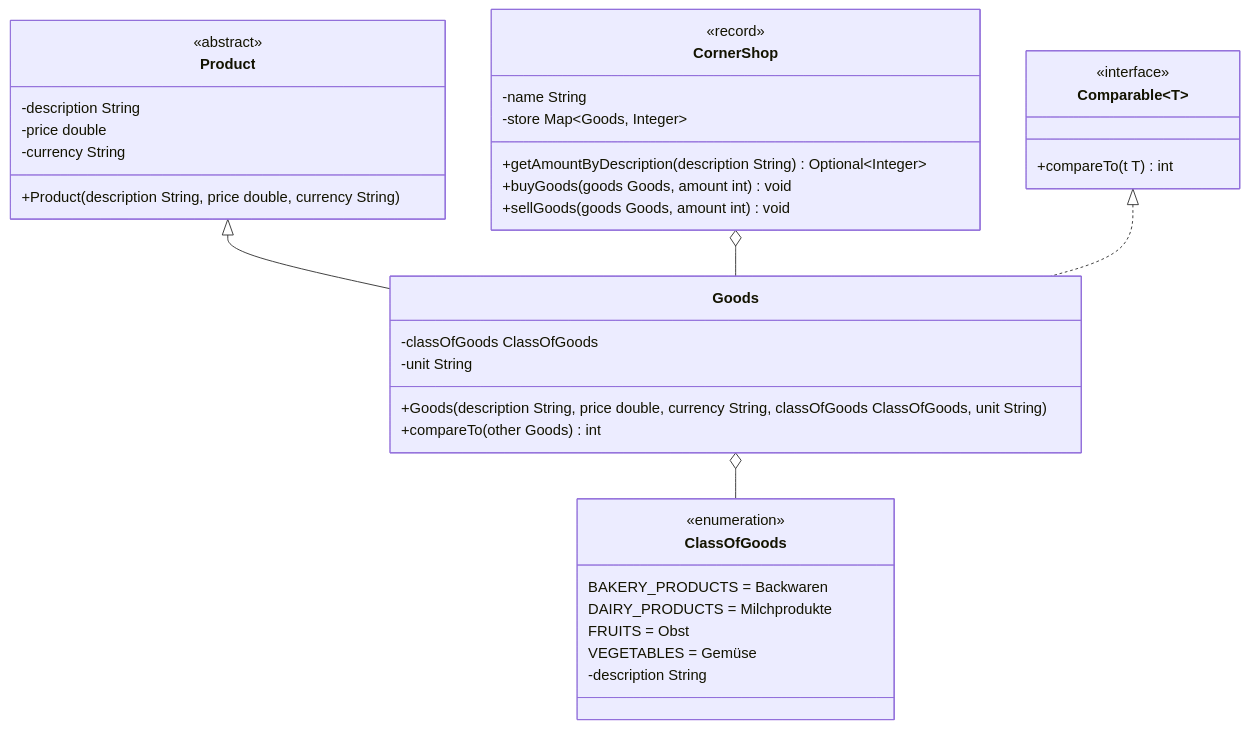
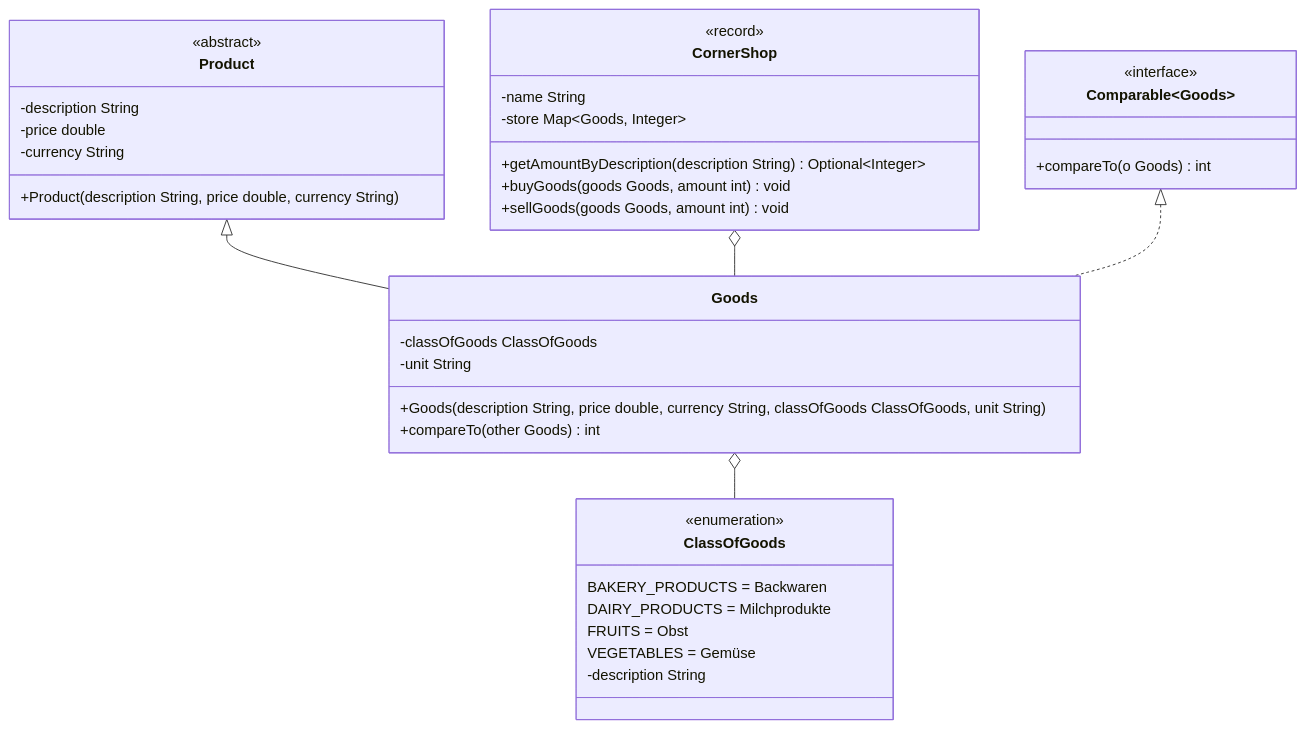
The diagram in docs/exam-exercises/exam-exercises-java2/corner-shop.md (jappuccini/java-docs), drawn with Mermaid before and after one commit. The commit also changed 17 other files, not shown here.

Commit message:
update cheatsheets, mermaids and test-classes

````diff
--- a/docs/exam-exercises/exam-exercises-java2/corner-shop.md
+++ b/docs/exam-exercises/exam-exercises-java2/corner-shop.md
@@ -13,45 +13,45 @@
 ```mermaid
 classDiagram
     Product <|-- Goods
     CornerShop o-- Goods
-    Comparable~T~ <|.. Goods
+    Comparable~Goods~ <|.. Goods
     Goods o-- ClassOfGoods
 
     class Product {
         <<abstract>>
         -description String
         -price double
         -currency String
         +Product(description String, price double, currency String)
     }
 
     class Goods {
         -classOfGoods ClassOfGoods
         -unit String
         +Goods(description String, price double, currency String, classOfGoods ClassOfGoods, unit String)
         +compareTo(other Goods) int
     }
 
-    class Comparable~T~ {
+    class Comparable~Goods~ {
         <<interface>>
-        +compareTo(t T) int
+        +compareTo(o Goods) int
     }
 
     class CornerShop {
         <<record>>
         -name String
         -store Map~Goods&#44&#160Integer~
         +getAmountByDescription(description String) Optional~Integer~
         +buyGoods(goods Goods, amount int) void
         +sellGoods(goods Goods, amount int) void
     }
 
     class ClassOfGoods {
         <<enumeration>>
         BAKERY_PRODUCTS = Backwaren
         DAIRY_PRODUCTS = Milchprodukte
         FRUITS = Obst
         VEGETABLES = Gemüse
         -description String
     }
 ```
````
